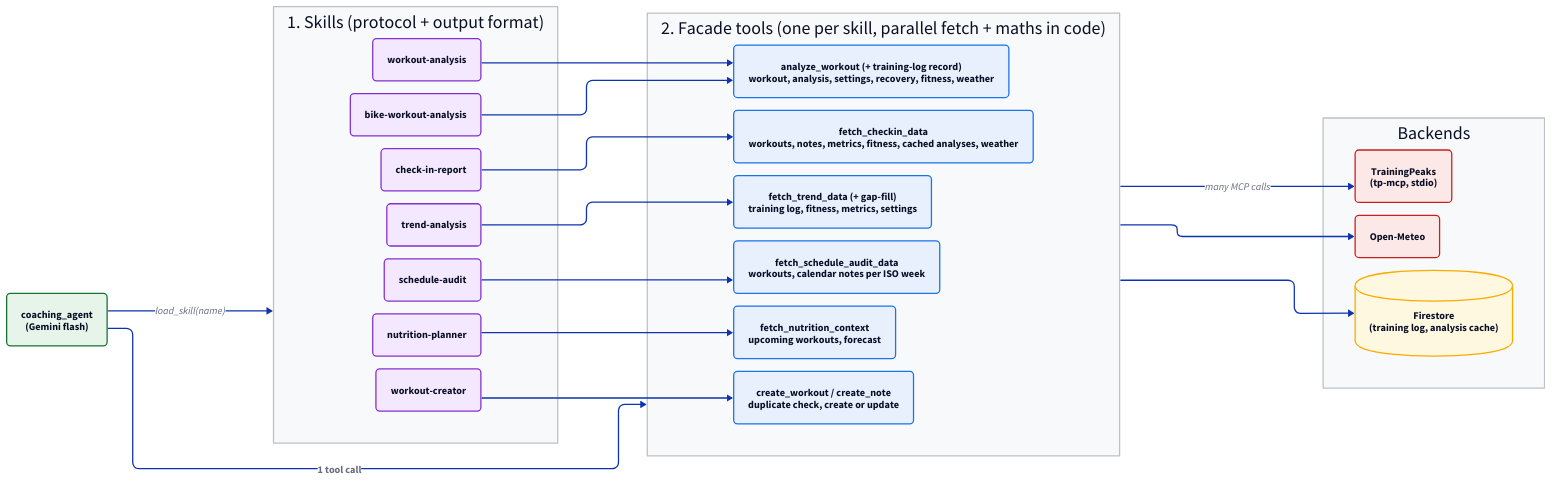
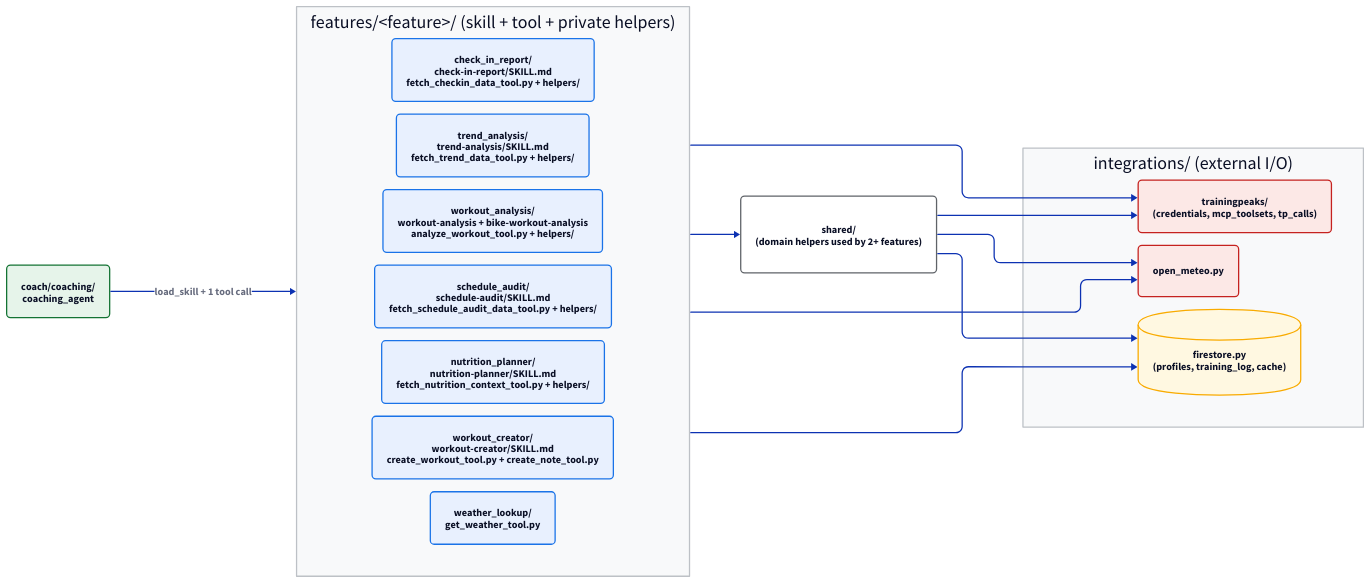
Before and after one commit to cy-visser/runningagent: the diagram in docs/diagrams/03_skill_facades.d2, drawn with D2. The commit also changed 11 other files, not shown here.

Commit message:
Phase 7: update docs and regenerate D2 architecture diagrams

```diff
--- a/docs/diagrams/03_skill_facades.d2
+++ b/docs/diagrams/03_skill_facades.d2
@@ -1,63 +1,50 @@
 direction: right
 
 vars: {
   d2-config: {
     layout-engine: elk
   }
 }
 
 classes: {
   skill: {style.fill: "#f3e8fd"; style.stroke: "#8430ce"; style.border-radius: 6}
   facade: {style.fill: "#e8f0fe"; style.stroke: "#1a73e8"; style.border-radius: 6}
+  helper: {style.fill: "#ffffff"; style.stroke: "#5f6368"; style.border-radius: 6}
   ext: {style.fill: "#fce8e6"; style.stroke: "#c5221f"; style.border-radius: 6}
   data: {shape: cylinder; style.fill: "#fff8e1"; style.stroke: "#f9ab00"}
   ai: {style.fill: "#e6f4ea"; style.stroke: "#137333"; style.border-radius: 6; style.bold: true}
 }
 
-coach: "coaching_agent\n(Gemini flash)" {class: ai}
+coach: "coach/coaching/\ncoaching_agent" {class: ai}
 
-skills: "1. Skills (protocol + output format)" {
+features: "features/<feature>/ (skill + tool + private helpers)" {
   style.fill: "#f8f9fa"
   style.stroke: "#bdc1c6"
-  wa: "workout-analysis" {class: skill}
-  bwa: "bike-workout-analysis" {class: skill}
-  ci: "check-in-report" {class: skill}
-  ta: "trend-analysis" {class: skill}
-  sa: "schedule-audit" {class: skill}
-  np: "nutrition-planner" {class: skill}
-  wc: "workout-creator" {class: skill}
+
+  ci: "check_in_report/\ncheck-in-report/SKILL.md\nfetch_checkin_data_tool.py + helpers/" {class: facade}
+  ta: "trend_analysis/\ntrend-analysis/SKILL.md\nfetch_trend_data_tool.py + helpers/" {class: facade}
+  wa: "workout_analysis/\nworkout-analysis + bike-workout-analysis\nanalyze_workout_tool.py + helpers/" {class: facade}
+  sa: "schedule_audit/\nschedule-audit/SKILL.md\nfetch_schedule_audit_data_tool.py + helpers/" {class: facade}
+  np: "nutrition_planner/\nnutrition-planner/SKILL.md\nfetch_nutrition_context_tool.py + helpers/" {class: facade}
+  wc: "workout_creator/\nworkout-creator/SKILL.md\ncreate_workout_tool.py + create_note_tool.py" {class: facade}
+  wl: "weather_lookup/\nget_weather_tool.py" {class: facade}
 }
 
-facades: "2. Facade tools (one per skill, parallel fetch + maths in code)" {
+shared: "shared/\n(domain helpers used by 2+ features)" {class: helper}
+
+integrations: "integrations/ (external I/O)" {
   style.fill: "#f8f9fa"
   style.stroke: "#bdc1c6"
-  analyze: "analyze_workout (+ training-log record)\nworkout, analysis, settings, recovery, fitness, weather" {class: facade}
-  checkin: "fetch_checkin_data\nworkouts, notes, metrics, fitness, cached analyses, weather" {class: facade}
-  trend: "fetch_trend_data (+ gap-fill)\ntraining log, fitness, metrics, settings" {class: facade}
-  audit: "fetch_schedule_audit_data\nworkouts, calendar notes per ISO week" {class: facade}
-  nutrition: "fetch_nutrition_context\nupcoming workouts, forecast" {class: facade}
-  create: "create_workout / create_note\nduplicate check, create or update" {class: facade}
+  tp: "trainingpeaks/\n(credentials, mcp_toolsets, tp_calls)" {class: ext}
+  meteo: "open_meteo.py" {class: ext}
+  fs: "firestore.py\n(profiles, training_log, cache)" {class: data}
 }
 
-backends: "Backends" {
-  style.fill: "#f8f9fa"
-  style.stroke: "#bdc1c6"
-  tp: "TrainingPeaks\n(tp-mcp, stdio)" {class: ext}
-  meteo: "Open-Meteo" {class: ext}
-  fs: "Firestore\n(training log, analysis cache)" {class: data}
-}
-
-coach -> skills: "load_skill(name)"
-coach -> facades: "1 tool call" {style.bold: true}
-
-skills.wa -> facades.analyze
-skills.bwa -> facades.analyze
-skills.ci -> facades.checkin
-skills.ta -> facades.trend
-skills.sa -> facades.audit
-skills.np -> facades.nutrition
-skills.wc -> facades.create
-
-facades -> backends.tp: "many MCP calls"
-facades -> backends.meteo
-facades -> backends.fs
+coach -> features: "load_skill + 1 tool call" {style.bold: true}
+features -> shared
+features -> integrations.tp
+features -> integrations.meteo
+features -> integrations.fs
+shared -> integrations.tp
+shared -> integrations.meteo
+shared -> integrations.fs
```
